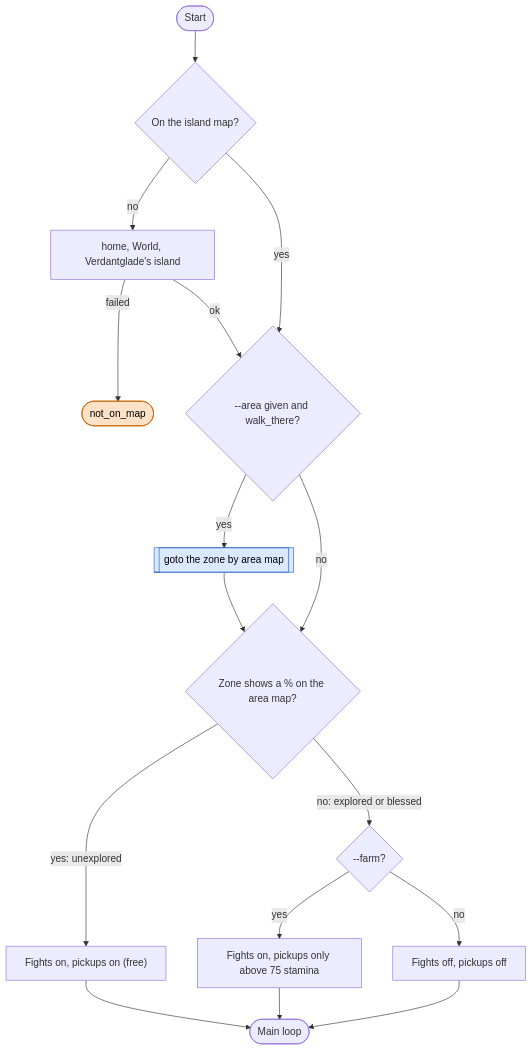
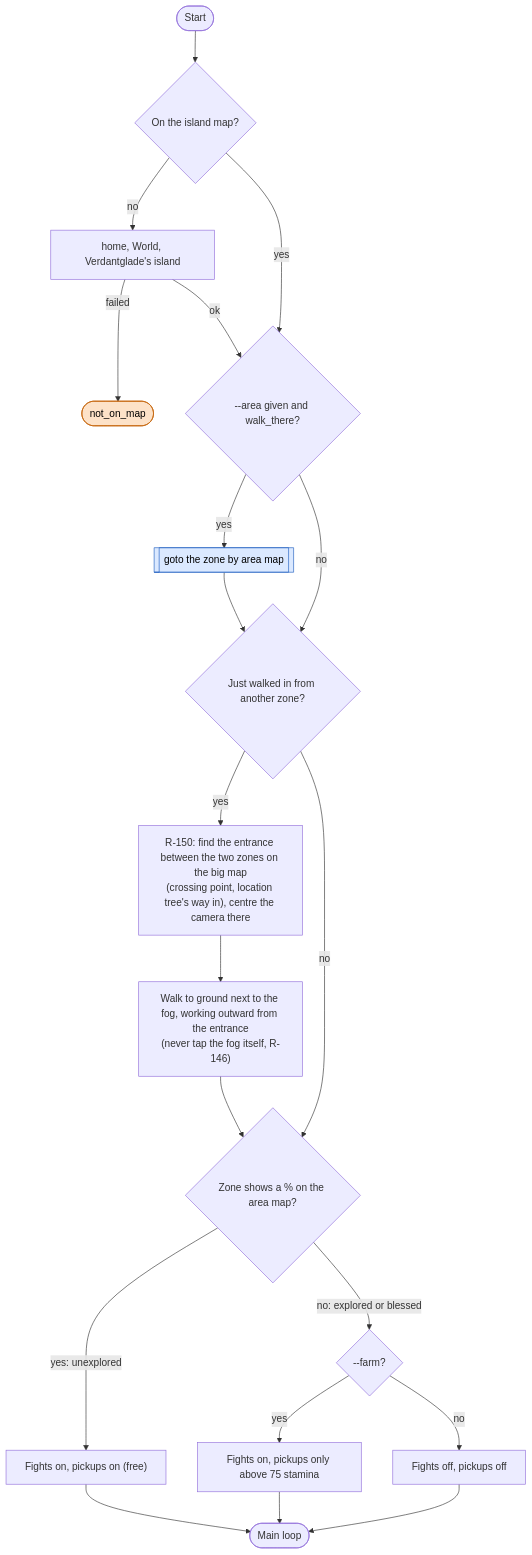
The first of 2 diagrams in docs/loops/fogwalk.md (Sun-flow/sxs-agent), drawn with Mermaid before and after one commit. The commit also changed other lines of this file and 2 other files, not shown here.

Commit message:
Loop pages: R-150 new-zone entry step in Fog Walk and Explore
Claude-Session: https://claude.ai/code/session_01UTLgePsNu13kLd69AygRjz

````diff
--- a/docs/loops/fogwalk.md
+++ b/docs/loops/fogwalk.md
@@ -16,21 +16,24 @@
 ```mermaid
 flowchart TD
     S(["Start"]) --> M{"On the island map?"}
     M -->|no| TW["home, World, Verdantglade's island"]
     TW -->|failed| NOM(["not_on_map"])
     M -->|yes| A
     TW -->|ok| A{"--area given and walk_there?"}
-    A -->|yes| GO[["goto the zone by area map"]] --> FREE
-    A -->|no| FREE{"Zone shows a % on the area map?"}
+    A -->|yes| GO[["goto the zone by area map"]] --> NZ
+    A -->|no| NZ{"Just walked in from another zone?"}
+    NZ -->|yes| ENT["R-150: find the entrance between the two zones on the big map<br/>(crossing point, location tree's way in), centre the camera there"]
+    ENT --> OUT["Walk to ground next to the fog, working outward from the entrance<br/>(never tap the fog itself, R-146)"] --> FREE
+    NZ -->|no| FREE{"Zone shows a % on the area map?"}
     FREE -->|"yes: unexplored"| F1["Fights on, pickups on (free)"]
     FREE -->|"no: explored or blessed"| F2{"--farm?"}
     F2 -->|yes| F3["Fights on, pickups only above 75 stamina"]
     F2 -->|no| F4["Fights off, pickups off"]
     F1 --> LOOP(["Main loop"])
     F3 --> LOOP
     F4 --> LOOP
     classDef look fill:#fde2c8,stroke:#c25e00,color:#000
     classDef sub fill:#dbe9ff,stroke:#1f5fbf,color:#000
     class NOM look
     class GO sub
 ```
````
